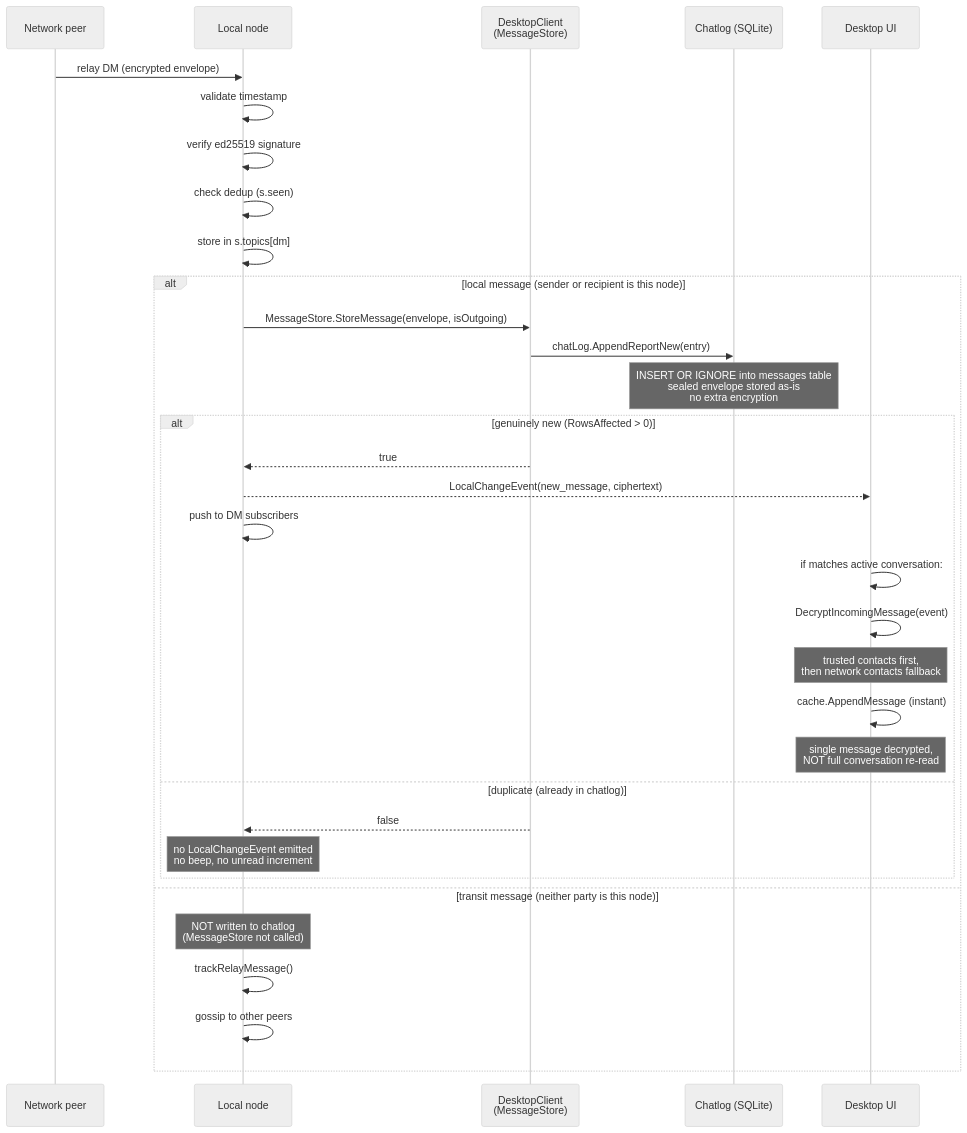
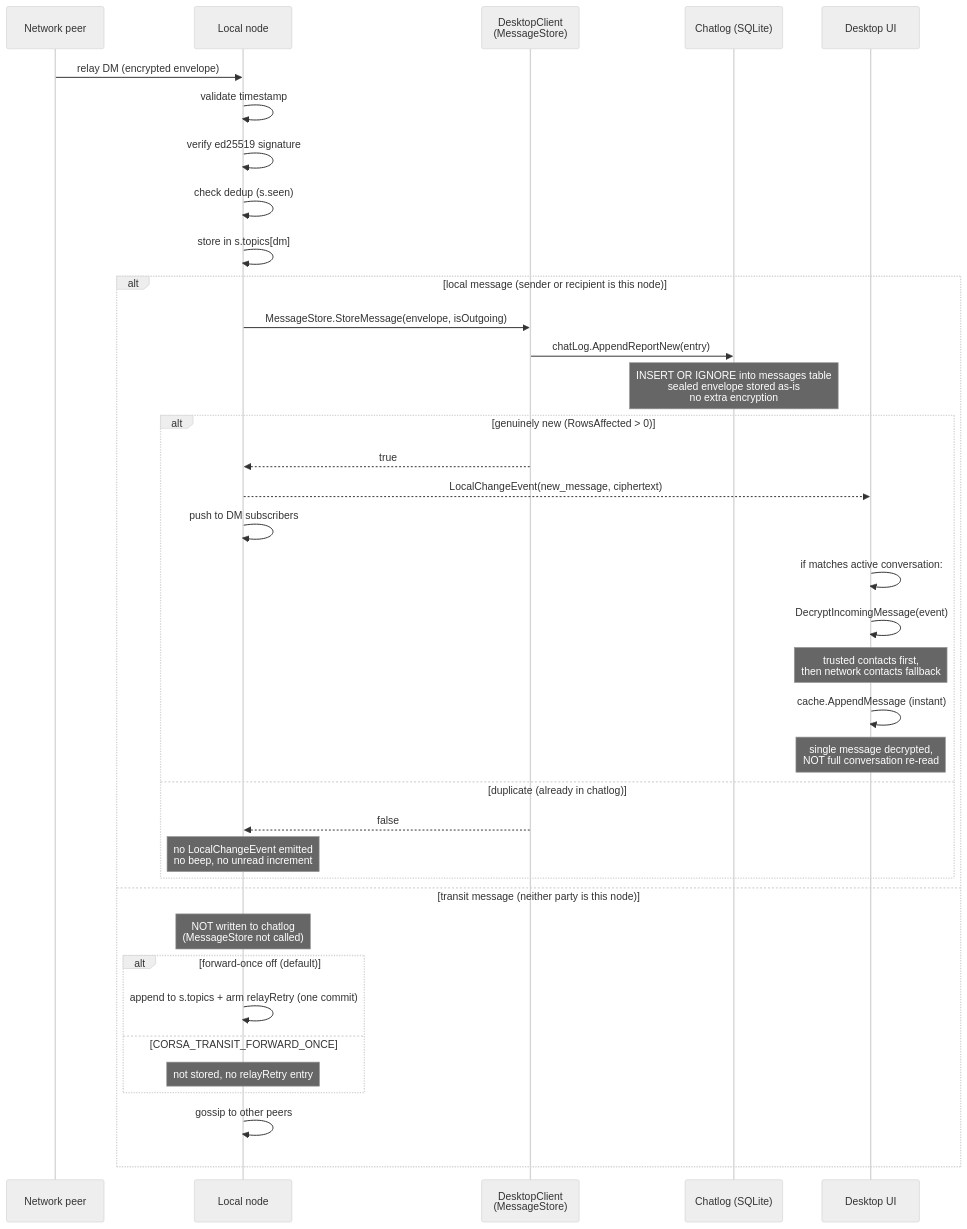
Before and after one commit to piratecash/corsa: the third of 16 diagrams in docs/chatlog.md, drawn with Mermaid (neutral theme). The commit also changed other lines of this file and 16 other files, not shown here.

````diff
--- a/docs/chatlog.md
+++ b/docs/chatlog.md
@@ -74,36 +74,40 @@
 ```mermaid
 sequenceDiagram
     participant NET as Network peer
     participant NODE as Local node
     participant SVC as DesktopClient<br/>(MessageStore)
     participant LOG as Chatlog (SQLite)
     participant UI as Desktop UI
 
     NET->>NODE: relay DM (encrypted envelope)
     NODE->>NODE: validate timestamp
     NODE->>NODE: verify ed25519 signature
     NODE->>NODE: check dedup (s.seen)
     NODE->>NODE: store in s.topics[dm]
     alt local message (sender or recipient is this node)
         NODE->>SVC: MessageStore.StoreMessage(envelope, isOutgoing)
         SVC->>LOG: chatLog.AppendReportNew(entry)
         Note over LOG: INSERT OR IGNORE into messages table<br/>sealed envelope stored as-is<br/>no extra encryption
         alt genuinely new (RowsAffected > 0)
             SVC-->>NODE: true
             NODE-->>UI: LocalChangeEvent(new_message, ciphertext)
             NODE->>NODE: push to DM subscribers
             UI->>UI: if matches active conversation:
             UI->>UI:   DecryptIncomingMessage(event)
             Note over UI: trusted contacts first,<br/>then network contacts fallback
             UI->>UI:   cache.AppendMessage (instant)
             Note over UI: single message decrypted,<br/>NOT full conversation re-read
         else duplicate (already in chatlog)
             SVC-->>NODE: false
             Note over NODE: no LocalChangeEvent emitted<br/>no beep, no unread increment
         end
     else transit message (neither party is this node)
         Note over NODE: NOT written to chatlog<br/>(MessageStore not called)
-        NODE->>NODE: trackRelayMessage()
+        alt forward-once off (default)
+            NODE->>NODE: append to s.topics + arm relayRetry (one commit)
+        else CORSA_TRANSIT_FORWARD_ONCE
+            Note over NODE: not stored, no relayRetry entry
+        end
         NODE->>NODE: gossip to other peers
     end
 ```
````
